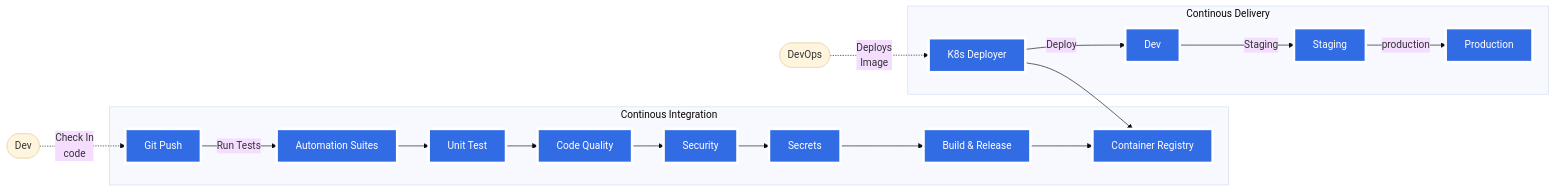
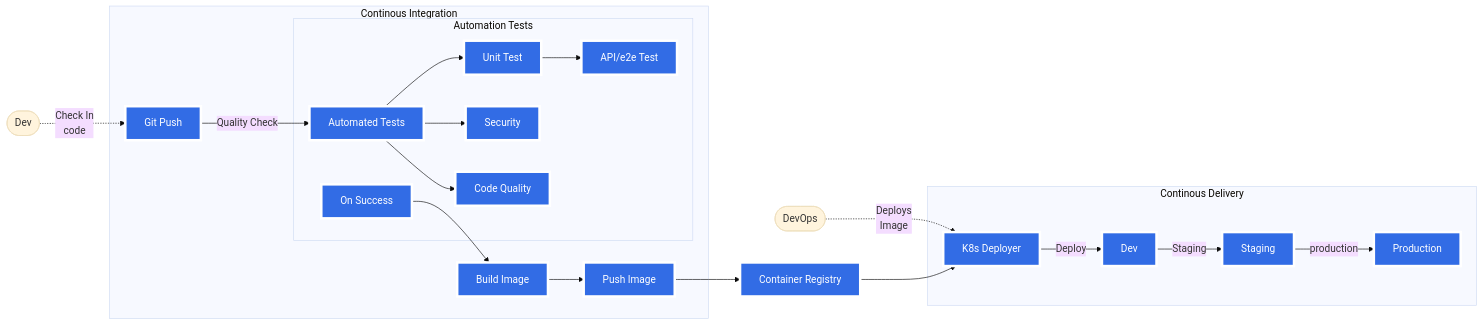
The diagram in docs/v0/ci-cd.md (rajasoun/gitops-experiments), drawn with Mermaid (base theme) before and after one commit.

Commit message:
ci-cd docs

````diff
--- a/docs/v0/ci-cd.md
+++ b/docs/v0/ci-cd.md
@@ -29,28 +29,34 @@
 ```mermaid
 graph LR;
   classDef plain fill:#ddd,stroke:#fff,stroke-width:4px,color:#000;
   classDef blue_fill fill:#326ce5,stroke:#fff,stroke-width:4px,color:#fff;
   classDef ci fill:#fff,stroke:#bbb,stroke-width:2px,color:#326ce5;
 
   Dev([Dev])-. Check In <br> code .->Github[Git Push];
-  Github-->|Run Tests|automation[Automation Suites];
-    subgraph Continous Integration
+  Github-->|Quality Check|automated_tests[Automated Tests];
+    subgraph ci[Continous Integration]
         Github;
-        automation-->unit_test[Unit Test];
-        unit_test-->code_quality[Code Quality];
-        code_quality-->security[Security];
-        security-->secrets[Secrets];
-        secrets-->build[Build & Release];
-        build-->image[Container Registry];
+        subgraph Automation Tests
+            automated_tests-->unit_test[Unit Test];
+            unit_test-->api_test[API/e2e Test];
+            automated_tests-->security[Security];
+            automated_tests-->code_qaulity[Code Quality];
+            on_success[On Success];
+        end
+    on_success-->build_image[Build Image];
+    build_image-->push_image[Push Image];
     end
+    push_image-->container_registry[Container Registry];
+
     DevOps([DevOps])-. Deploys <br> Image .->Microservice[K8s Deployer];
-    Microservice-->image[Container Registry];
+    container_registry-->Microservice;
+
     subgraph Continous Delivery
         Microservice-->|Deploy|dev[Dev];
         dev-->|Staging|staging[Staging];
         staging-->|production|production[Production];
     end
     
-    class Github,automation,unit_test,code_quality,security,secrets,build,image blue_fill;
+    class Github,automated_tests,unit_test,code_quality,security,secrets,build,container_registry,api_test,code_qaulity,on_success,build_image,push_image blue_fill;
     class Microservice,dev,staging,production blue_fill;
 ```
````
